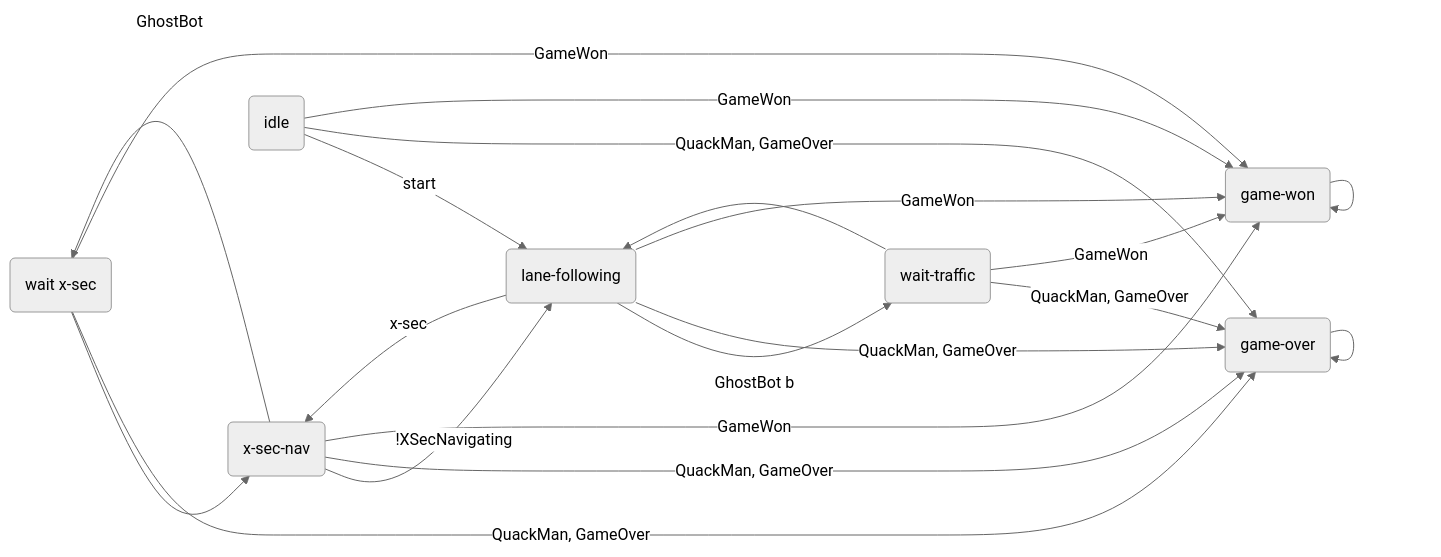
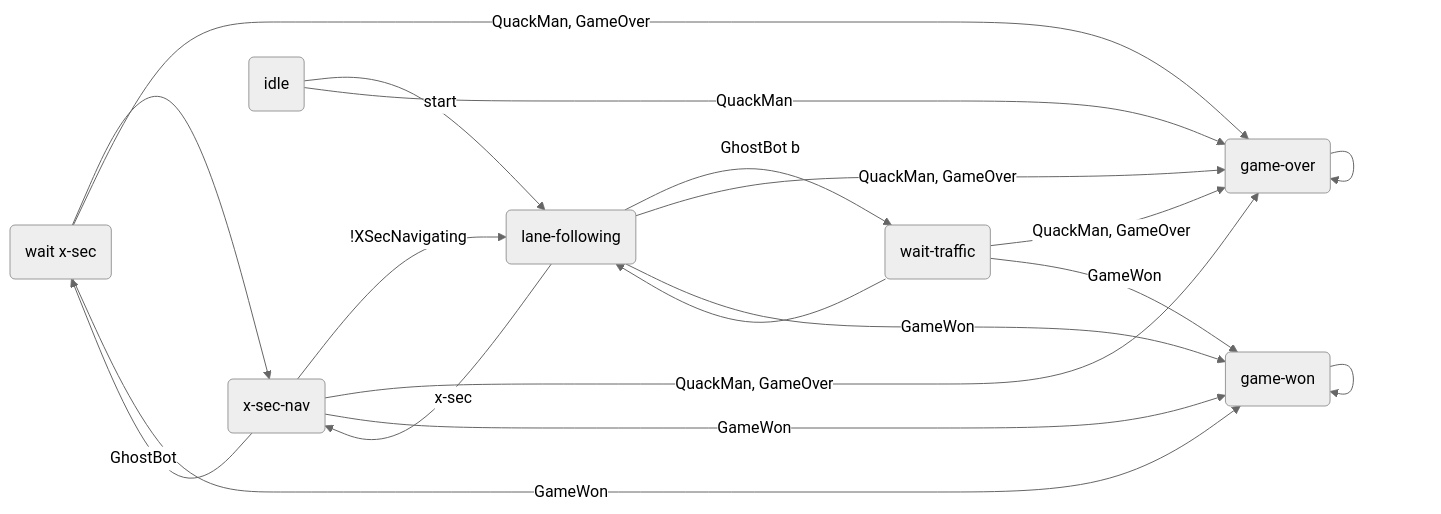
One commit to Duckietown-QuackMan/state_controller changed the first of 2 diagrams in README.md. Above: the diagram before and after it, drawn with Mermaid (neutral theme).

````diff
--- a/README.md
+++ b/README.md
@@ -11,27 +11,26 @@
 ```mermaid
 graph LR;
 wx(wait x-sec)
 xn(x-sec-nav)
 lf(lane-following)
 go(game-over)
 gw(game-won)
 i(idle)
 wt(wait-traffic)
 lf -- "GhostBot b" --> wt --> lf
 lf -- x-sec --> xn
 xn -- "GhostBot" --> wx --> xn
 xn -- !XSecNavigating --> lf
 i -- start --> lf
 wx -- QuackMan, GameOver --> go
 xn -- QuackMan, GameOver --> go
-i -- QuackMan, GameOver --> go
+i -- QuackMan --> go
 lf -- QuackMan, GameOver --> go
 wt -- QuackMan, GameOver --> go
 go --> go
 wx -- GameWon --> gw
 xn -- GameWon --> gw
-i -- GameWon --> gw
 lf -- GameWon --> gw
 wt -- GameWon --> gw
 gw --> gw
 ```
````
